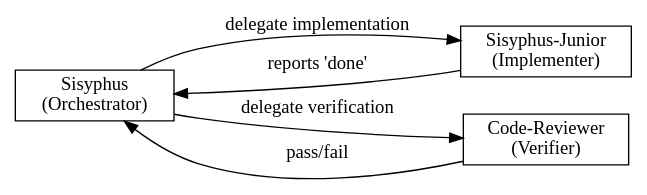
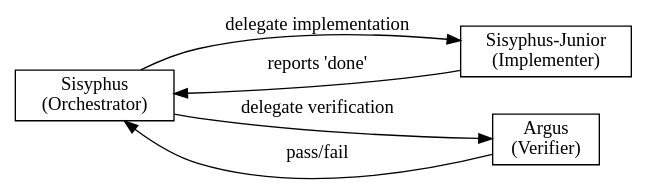
One commit to toongri/oh-my-toong-playground changed the first of 4 diagrams in skills/sisyphus/SKILL.md. Above: the diagram before and after it, drawn with Graphviz. The commit also changed other lines of this file and 15 other files, not shown here.

````diff
--- a/skills/sisyphus/SKILL.md
+++ b/skills/sisyphus/SKILL.md
@@ -110,13 +110,13 @@
 ```dot
 digraph verification_roles {
     rankdir=LR;
     "sisyphus" [shape=box, label="Sisyphus\n(Orchestrator)"];
     "sisyphus-junior" [shape=box, label="Sisyphus-Junior\n(Implementer)"];
-    "code-reviewer" [shape=box, label="Code-Reviewer\n(Verifier)"];
+    "argus" [shape=box, label="Argus\n(Verifier)"];
 
     "sisyphus" -> "sisyphus-junior" [label="delegate implementation"];
     "sisyphus-junior" -> "sisyphus" [label="reports 'done'"];
-    "sisyphus" -> "code-reviewer" [label="delegate verification"];
-    "code-reviewer" -> "sisyphus" [label="pass/fail"];
+    "sisyphus" -> "argus" [label="delegate verification"];
+    "argus" -> "sisyphus" [label="pass/fail"];
 }
 ```
````
